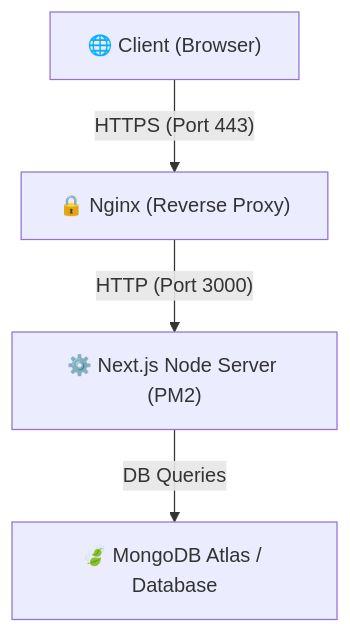
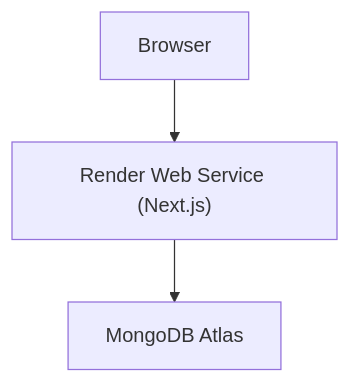
The diagram in deployment_guide.md (alokydv9045/aetheravia), drawn with Mermaid before and after one commit. The commit also changed other lines of this file and 1 other file, not shown here.

````diff
--- a/deployment_guide.md
+++ b/deployment_guide.md
@@ -9,6 +13,5 @@
 ```mermaid
 graph TD
-    Client["🌐 Client (Browser)"] -- HTTPS (Port 443) --> Nginx["🔒 Nginx (Reverse Proxy)"]
-    Nginx -- HTTP (Port 3000) --> Next["⚙️ Next.js Node Server (PM2)"]
-    Next -- DB Queries --> Mongo["🍃 MongoDB Atlas / Database"]
+    Client["Browser"] --> Render["Render Web Service (Next.js)"]
+    Render --> Mongo["MongoDB Atlas"]
 ```
````
